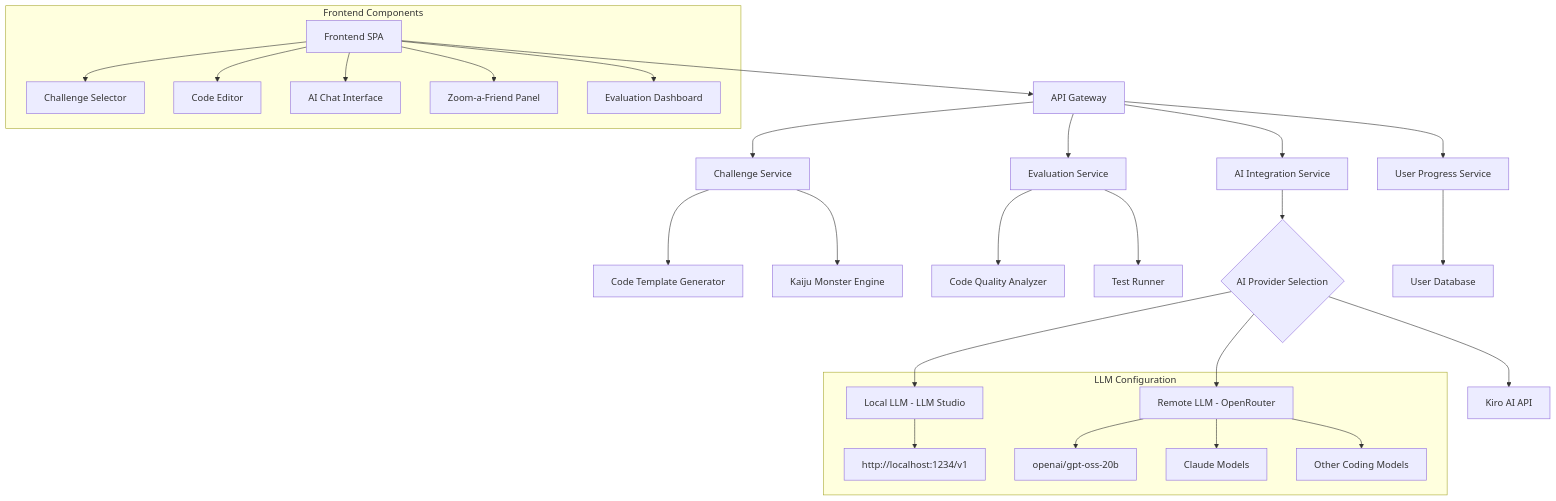
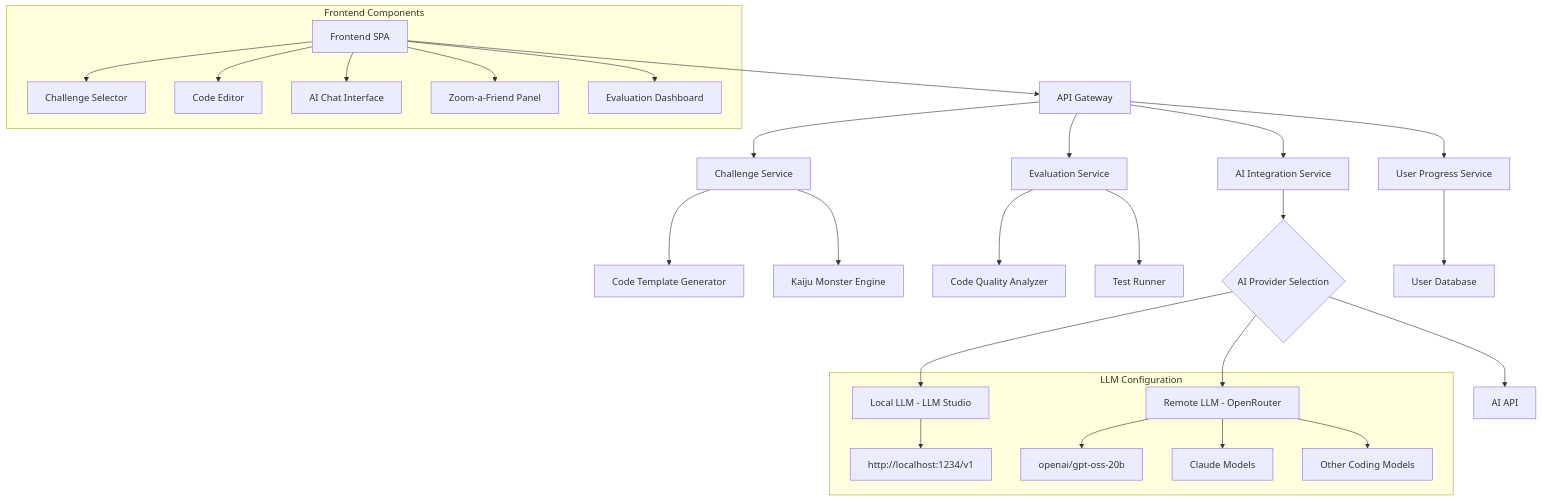
One commit to josher19/kiro-kaiju changed the diagram in .kiro/specs/kiro-kaiji-refactor-rampage/design.md. Above: the diagram before and after it, drawn with Mermaid. The commit also changed other lines of this file and 3 other files, not shown here.

````diff
--- a/.kiro/specs/kiro-kaiji-refactor-rampage/design.md
+++ b/.kiro/specs/kiro-kaiji-refactor-rampage/design.md
@@ -11,36 +11,36 @@
 ```mermaid
 graph TB
     A[Frontend SPA] --> B[API Gateway]
     B --> C[Challenge Service]
     B --> D[Evaluation Service]
     B --> E[AI Integration Service]
     B --> F[User Progress Service]
     
     C --> G[Code Template Generator]
     C --> H[Kaiju Monster Engine]
     
     D --> I[Code Quality Analyzer]
     D --> J[Test Runner]
     
     E --> K{AI Provider Selection}
-    K --> L[Kiro AI API]
+    K --> L[AI API]
     K --> M[Local LLM - LLM Studio]
     K --> N[Remote LLM - OpenRouter]
     
     F --> O[User Database]
     
     subgraph "Frontend Components"
         A --> P[Challenge Selector]
         A --> Q[Code Editor]
         A --> R[AI Chat Interface]
         A --> S[Zoom-a-Friend Panel]
         A --> T[Evaluation Dashboard]
     end
     
     subgraph "LLM Configuration"
         M --> U[http://localhost:1234/v1]
         N --> V[openai/gpt-oss-20b]
         N --> W[Claude Models]
         N --> X[Other Coding Models]
     end
 ```
````
